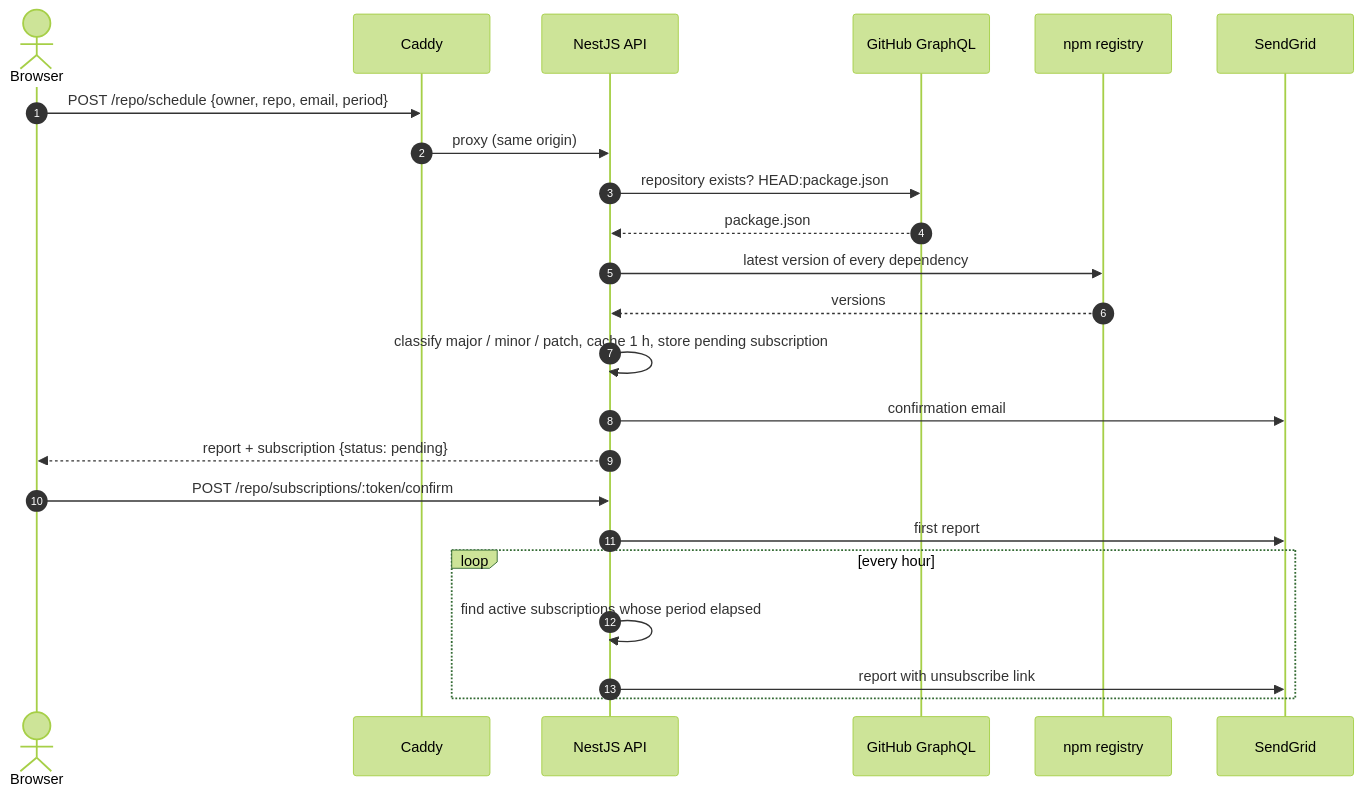
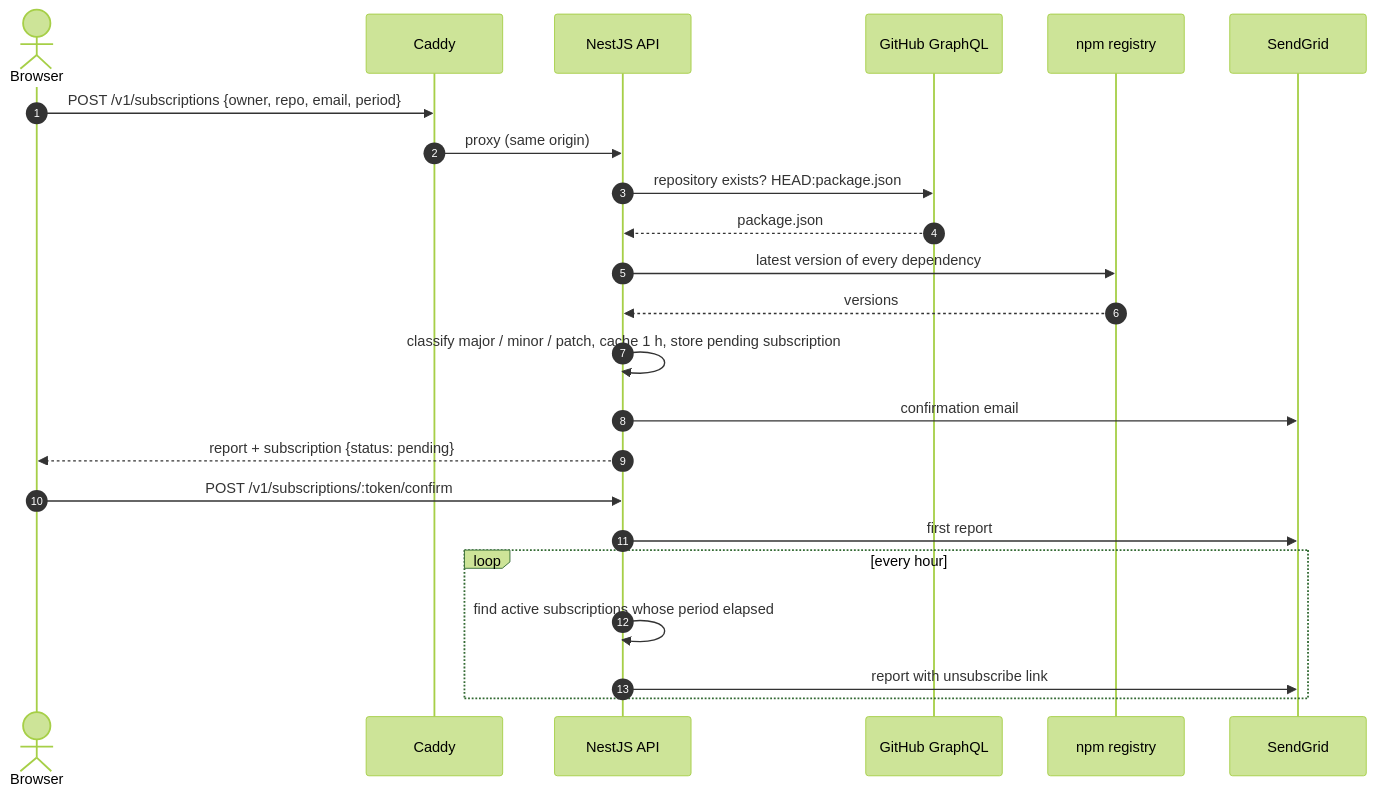
The diagram in README.md (mmayadag/package-validator), drawn with Mermaid (forest theme) before and after one commit. The commit also changed other lines of this file and 18 other files, not shown here.

````diff
--- a/README.md
+++ b/README.md
@@ -19,26 +19,26 @@
 ```mermaid
 sequenceDiagram
     autonumber
     actor User as Browser
     participant Caddy
     participant API as NestJS API
     participant GitHub as GitHub GraphQL
     participant npm as npm registry
     participant SendGrid
 
-    User->>Caddy: POST /repo/schedule {owner, repo, email, period}
+    User->>Caddy: POST /v1/subscriptions {owner, repo, email, period}
     Caddy->>API: proxy (same origin)
     API->>GitHub: repository exists? HEAD:package.json
     GitHub-->>API: package.json
     API->>npm: latest version of every dependency
     npm-->>API: versions
     API->>API: classify major / minor / patch, cache 1 h, store pending subscription
     API->>SendGrid: confirmation email
     API-->>User: report + subscription {status: pending}
-    User->>API: POST /repo/subscriptions/:token/confirm
+    User->>API: POST /v1/subscriptions/:token/confirm
     API->>SendGrid: first report
     loop every hour
         API->>API: find active subscriptions whose period elapsed
         API->>SendGrid: report with unsubscribe link
     end
 ```
````
